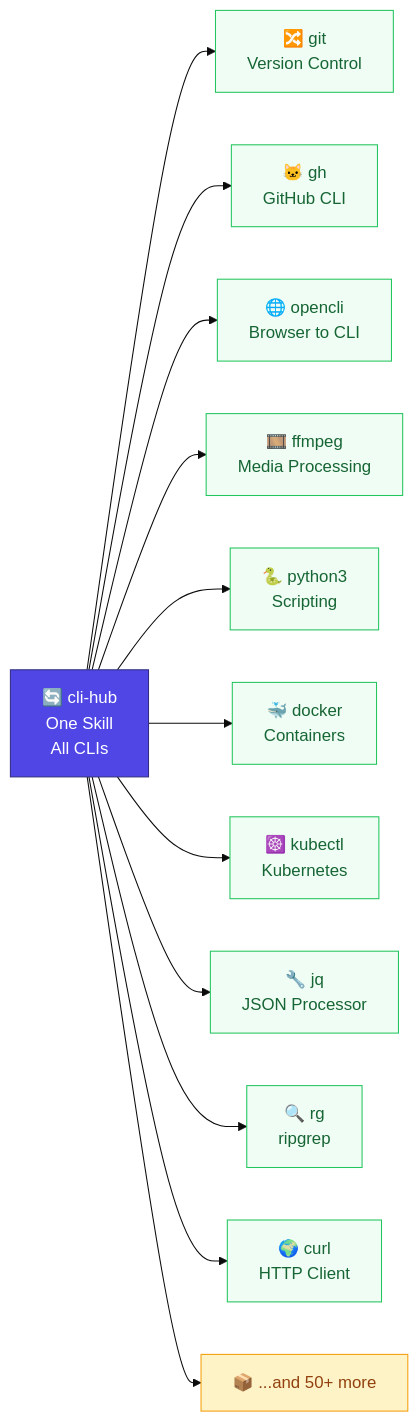
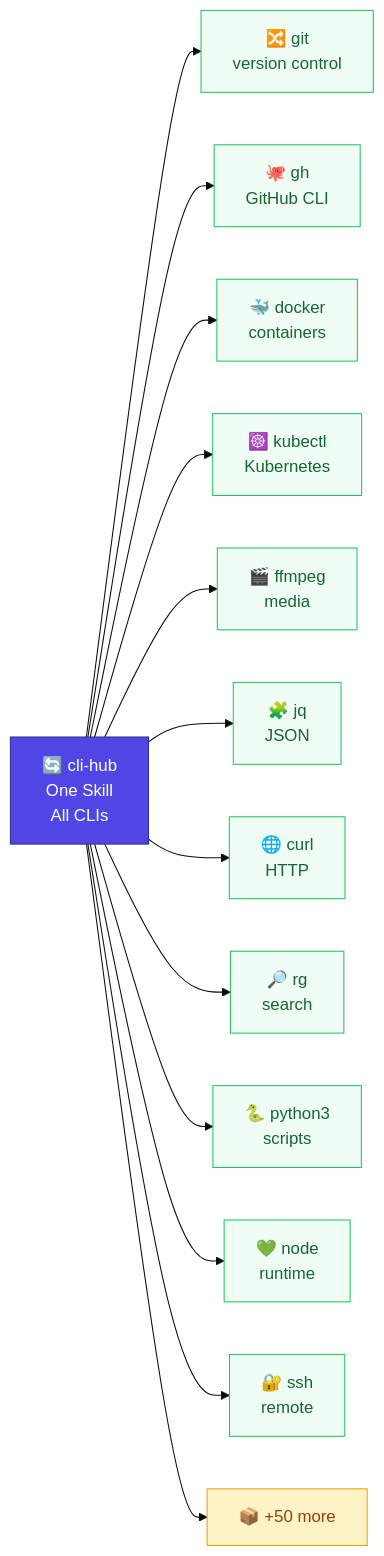
One commit to dull-bird/cli-hub changed the diagram in README.md. Above: the diagram before and after it, drawn with Mermaid (base theme). The commit also changed other lines of this file and 1 other file, not shown here.

Commit message:
docs: full README rewrite - cleaner flow, richer mermaid, 12 nodes with emojis

````diff
--- a/README.md
+++ b/README.md
@@ -5,27 +5,29 @@
 ```mermaid
 graph LR
-    CH["🔄 cli-hub<br/>One Skill<br/>All CLIs"] --> git["🔀 git<br/>Version Control"]
-    CH --> gh["🐱 gh<br/>GitHub CLI"]
-    CH --> opencli["🌐 opencli<br/>Browser to CLI"]
-    CH --> ffmpeg["🎞️ ffmpeg<br/>Media Processing"]
-    CH --> python3["🐍 python3<br/>Scripting"]
-    CH --> docker["🐳 docker<br/>Containers"]
+    CH["🔄 cli-hub<br/>One Skill<br/>All CLIs"] --> git["🔀 git<br/>version control"]
+    CH --> gh["🐙 gh<br/>GitHub CLI"]
+    CH --> docker["🐳 docker<br/>containers"]
     CH --> kubectl["☸️ kubectl<br/>Kubernetes"]
-    CH --> jq["🔧 jq<br/>JSON Processor"]
-    CH --> rg["🔍 rg<br/>ripgrep"]
-    CH --> curl["🌍 curl<br/>HTTP Client"]
-    CH --> more["📦 ...and 50+ more"]
+    CH --> ffmpeg["🎬 ffmpeg<br/>media"]
+    CH --> jq["🧩 jq<br/>JSON"]
+    CH --> curl["🌐 curl<br/>HTTP"]
+    CH --> rg["🔎 rg<br/>search"]
+    CH --> python3["🐍 python3<br/>scripts"]
+    CH --> node["💚 node<br/>runtime"]
+    CH --> ssh["🔐 ssh<br/>remote"]
+    CH --> more["📦 +50 more"]
 
     style CH fill:#4f46e5,color:#fff,stroke:#312e81
     style git fill:#f0fdf4,stroke:#22c55e,color:#166534
     style gh fill:#f0fdf4,stroke:#22c55e,color:#166534
-    style opencli fill:#f0fdf4,stroke:#22c55e,color:#166534
-    style ffmpeg fill:#f0fdf4,stroke:#22c55e,color:#166534
-    style python3 fill:#f0fdf4,stroke:#22c55e,color:#166534
     style docker fill:#f0fdf4,stroke:#22c55e,color:#166534
     style kubectl fill:#f0fdf4,stroke:#22c55e,color:#166534
+    style ffmpeg fill:#f0fdf4,stroke:#22c55e,color:#166534
     style jq fill:#f0fdf4,stroke:#22c55e,color:#166534
+    style curl fill:#f0fdf4,stroke:#22c55e,color:#166534
     style rg fill:#f0fdf4,stroke:#22c55e,color:#166534
-    style curl fill:#f0fdf4,stroke:#22c55e,color:#166534
+    style python3 fill:#f0fdf4,stroke:#22c55e,color:#166534
+    style node fill:#f0fdf4,stroke:#22c55e,color:#166534
+    style ssh fill:#f0fdf4,stroke:#22c55e,color:#166534
     style more fill:#fef3c7,stroke:#f59e0b,color:#92400e
 ```
````
